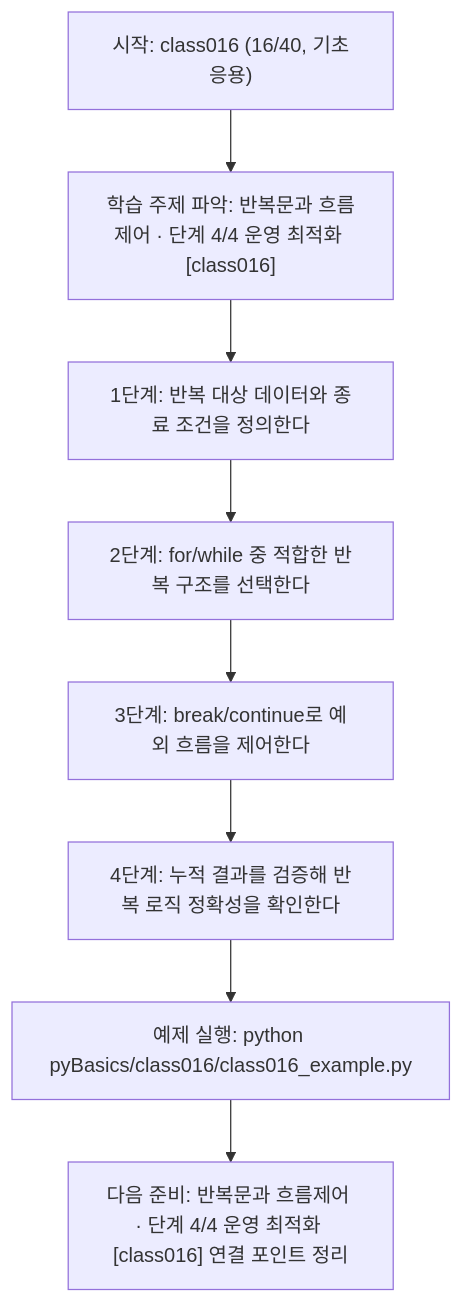
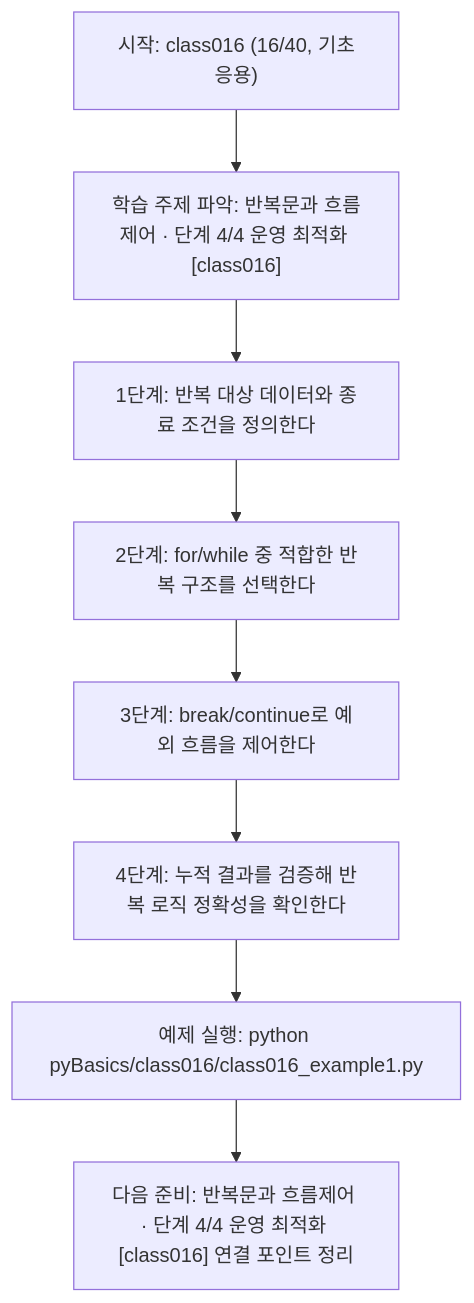
The diagram in pyBasics/class016/class016.md (edumgt/Python-AI_Agent-Class), drawn with Mermaid before and after one commit. The commit also changed other lines of this file and 2959 other files, not shown here.

````diff
--- a/pyBasics/class016/class016.md
+++ b/pyBasics/class016/class016.md
@@ -109,18 +109,18 @@
 ```mermaid
 flowchart TD
 N1["시작: class016 (16/40, 기초응용)"]
 N2["학습 주제 파악: 반복문과 흐름제어 · 단계 4/4 운영 최적화 [class016]"]
 N3["1단계: 반복 대상 데이터와 종료 조건을 정의한다"]
 N4["2단계: for/while 중 적합한 반복 구조를 선택한다"]
 N5["3단계: break/continue로 예외 흐름을 제어한다"]
 N6["4단계: 누적 결과를 검증해 반복 로직 정확성을 확인한다"]
-N7["예제 실행: python pyBasics/class016/class016_example.py"]
+N7["예제 실행: python pyBasics/class016/class016_example1.py"]
 N8["다음 준비: 반복문과 흐름제어 · 단계 4/4 운영 최적화 [class016] 연결 포인트 정리"]
 N1 --> N2
 N2 --> N3
 N3 --> N4
 N4 --> N5
 N5 --> N6
 N6 --> N7
 N7 --> N8
 ```
````
